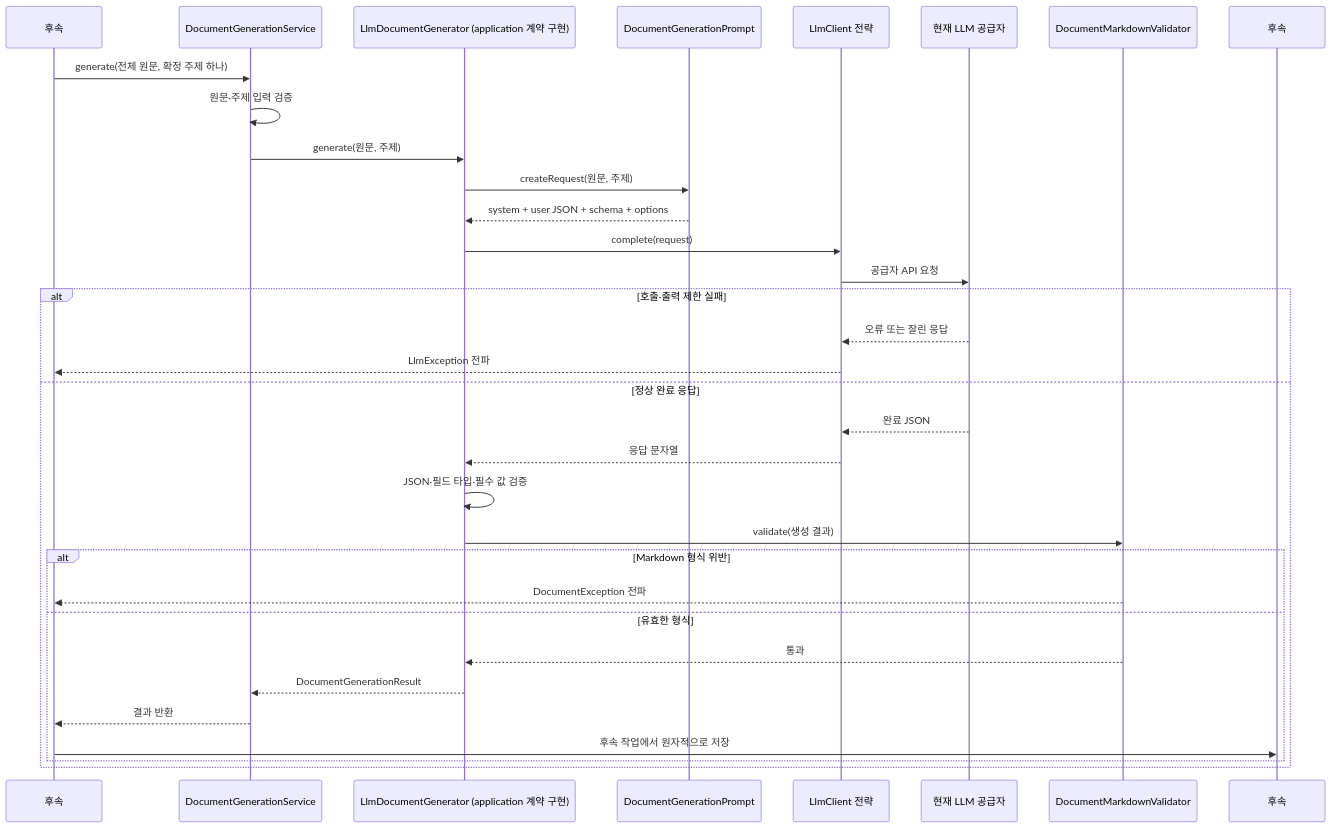
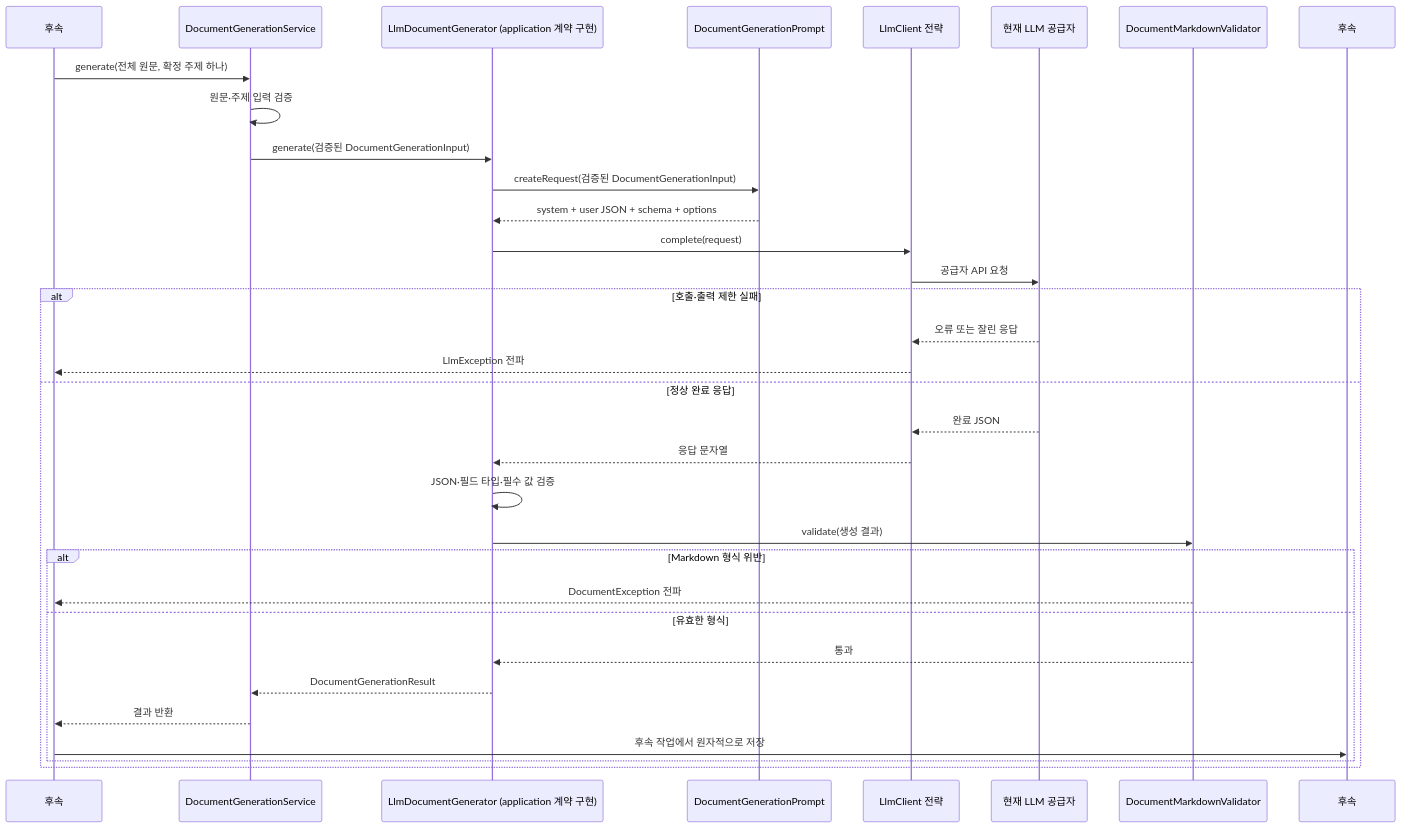
The second of 2 diagrams in docs/implement-plan/522-topic-markdown-generation.md (woowacourse-teams/2026-Knot), drawn with Mermaid before and after one commit. The commit also changed other lines of this file, not shown here.

````diff
--- a/docs/implement-plan/522-topic-markdown-generation.md
+++ b/docs/implement-plan/522-topic-markdown-generation.md
@@ -69,35 +69,35 @@
 ```mermaid
 sequenceDiagram
     participant Worker as 후속 #525 실행기
     participant Service as DocumentGenerationService
     participant Generator as LlmDocumentGenerator (application 계약 구현)
     participant Prompt as DocumentGenerationPrompt
     participant Client as LlmClient 전략
     participant Model as 현재 LLM 공급자
     participant Validator as DocumentMarkdownValidator
     participant Save as 후속 #524 저장 서비스
     Worker->>Service: generate(전체 원문, 확정 주제 하나)
     Service->>Service: 원문·주제 입력 검증
-    Service->>Generator: generate(원문, 주제)
-    Generator->>Prompt: createRequest(원문, 주제)
+    Service->>Generator: generate(검증된 DocumentGenerationInput)
+    Generator->>Prompt: createRequest(검증된 DocumentGenerationInput)
     Prompt-->>Generator: system + user JSON + schema + options
     Generator->>Client: complete(request)
     Client->>Model: 공급자 API 요청
     alt 호출·출력 제한 실패
         Model-->>Client: 오류 또는 잘린 응답
         Client-->>Worker: LlmException 전파
     else 정상 완료 응답
         Model-->>Client: 완료 JSON
         Client-->>Generator: 응답 문자열
         Generator->>Generator: JSON·필드 타입·필수 값 검증
         Generator->>Validator: validate(생성 결과)
         alt Markdown 형식 위반
             Validator-->>Worker: DocumentException 전파
         else 유효한 형식
             Validator-->>Generator: 통과
             Generator-->>Service: DocumentGenerationResult
             Service-->>Worker: 결과 반환
             Worker->>Save: 후속 작업에서 원자적으로 저장
         end
     end
 ```
````
